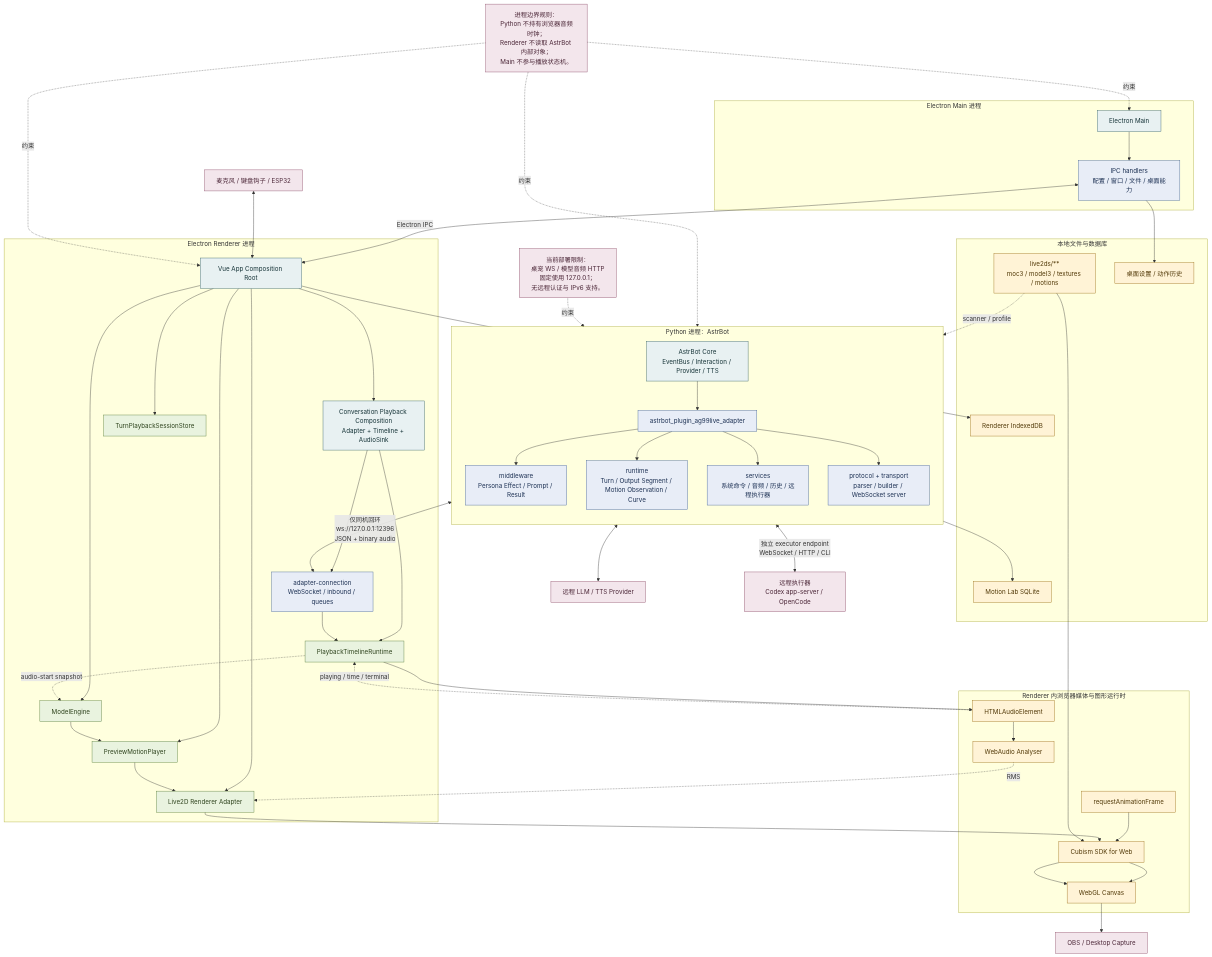
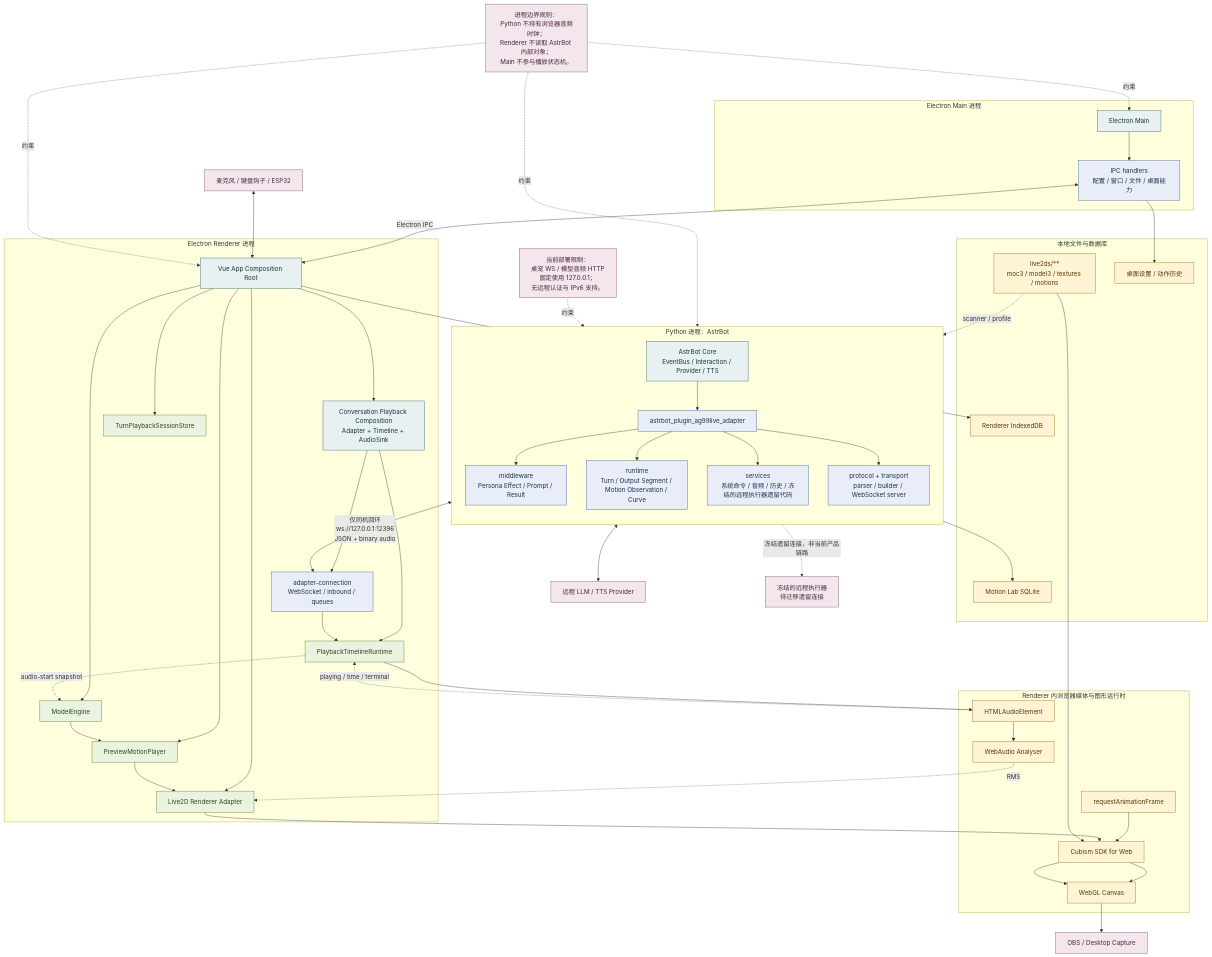
The diagram in docs/04-流程图与分析图/02-部署与进程边界图.mmd (murphys7017/AG99live), drawn with Mermaid before and after one commit. The commit also changed 48 other files, not shown here.

```diff
--- a/docs/04-流程图与分析图/02-部署与进程边界图.mmd
+++ b/docs/04-流程图与分析图/02-部署与进程边界图.mmd
@@ -1,94 +1,94 @@
 flowchart TB
     classDef process fill:#e8f1f2,stroke:#2f5d62,color:#163438
     classDef module fill:#e8edf7,stroke:#3e5f93,color:#1d3154
     classDef runtime fill:#e9f3df,stroke:#557a35,color:#2e431d
     classDef io fill:#fff3d6,stroke:#9a6b14,color:#513807
     classDef external fill:#f3e6ec,stroke:#8b4865,color:#4b2637
 
     subgraph PY[Python 进程：AstrBot]
         direction TB
         PYCORE[AstrBot Core<br/>EventBus / Interaction / Provider / TTS]:::process
         PLUGIN[astrbot_plugin_ag99live_adapter]:::module
         MW[middleware<br/>Persona Effect / Prompt / Result]:::module
         RT[runtime<br/>Turn / Output Segment / Motion Observation / Curve]:::module
-        SVC[services<br/>系统命令 / 音频 / 历史 / 远程执行器]:::module
+        SVC[services<br/>系统命令 / 音频 / 历史 / 冻结的远程执行器遗留代码]:::module
         PROTO[protocol + transport<br/>parser / builder / WebSocket server]:::module
         PYCORE --> PLUGIN
         PLUGIN --> MW
         PLUGIN --> RT
         PLUGIN --> SVC
         PLUGIN --> PROTO
     end
 
     subgraph MAIN[Electron Main 进程]
         MAINPROC[Electron Main]:::process
         IPC[IPC handlers<br/>配置 / 窗口 / 文件 / 桌面能力]:::module
         MAINPROC --> IPC
     end
 
     subgraph RENDER[Electron Renderer 进程]
         APP[Vue App Composition Root]:::process
         PLAYBACK[Conversation Playback Composition<br/>Adapter + Timeline + AudioSink]:::process
         ADAPTER[adapter-connection<br/>WebSocket / inbound / queues]:::module
         STORE[TurnPlaybackSessionStore]:::runtime
         TL[PlaybackTimelineRuntime]:::runtime
         ENGINE[ModelEngine]:::runtime
         PLAYER[PreviewMotionPlayer]:::runtime
         L2D[Live2D Renderer Adapter]:::runtime
         APP --> PLAYBACK
         PLAYBACK --> ADAPTER
         APP --> STORE
         PLAYBACK --> TL
         APP --> ENGINE
         APP --> PLAYER
         APP --> L2D
     end
 
     subgraph BROWSER[Renderer 内浏览器媒体与图形运行时]
         MEDIA[HTMLAudioElement]:::io
         WEBAUDIO[WebAudio Analyser]:::io
         WEBGL[WebGL Canvas]:::io
         CUBISM[Cubism SDK for Web]:::io
         RAF[requestAnimationFrame]:::io
         MEDIA --> WEBAUDIO
         CUBISM --> WEBGL
         RAF --> CUBISM
     end
 
     subgraph FS[本地文件与数据库]
         MODELS[live2ds/**<br/>moc3 / model3 / textures / motions]:::io
         DB[Motion Lab SQLite]:::io
         IDB[Renderer IndexedDB]:::io
         SETTINGS[桌面设置 / 动作历史]:::io
     end
 
     PROVIDERS[远程 LLM / TTS Provider]:::external
-    EXECUTOR[远程执行器<br/>Codex app-server / OpenCode]:::external
+    EXECUTOR[冻结的远程执行器<br/>待迁移遗留连接]:::external
     OBS[OBS / Desktop Capture]:::external
     DEVICE[麦克风 / 键盘钩子 / ESP32]:::external
 
     PYCORE <--> PROVIDERS
-    RT <-->|独立 executor endpoint<br/>WebSocket / HTTP / CLI| EXECUTOR
+    RT -.冻结遗留连接，非当前产品链路.-> EXECUTOR
     PROTO <-->|仅同机回环<br/>ws://127.0.0.1:12396<br/>JSON + binary audio| ADAPTER
     IPC <-->|Electron IPC| APP
     ADAPTER --> TL
     TL --> MEDIA
     MEDIA -.playing / time / terminal.-> TL
     WEBAUDIO -.RMS.-> L2D
     ENGINE --> PLAYER --> L2D --> CUBISM
     TL -.audio-start snapshot.-> ENGINE
     CUBISM --> WEBGL --> OBS
 
     MODELS --> CUBISM
     MODELS -.scanner / profile.-> PLUGIN
     RT --> DB
     APP --> IDB
     IPC --> SETTINGS
     DEVICE <--> APP
 
     note1[进程边界规则：<br/>Python 不持有浏览器音频时钟；<br/>Renderer 不读取 AstrBot 内部对象；<br/>Main 不参与播放状态机。]:::external
     note2[当前部署限制：<br/>桌宠 WS / 模型音频 HTTP<br/>固定使用 127.0.0.1；<br/>无远程认证与 IPv6 支持。]:::external
     note1 -.约束.-> PYCORE
     note1 -.约束.-> APP
     note1 -.约束.-> MAINPROC
     note2 -.约束.-> PROTO
```
